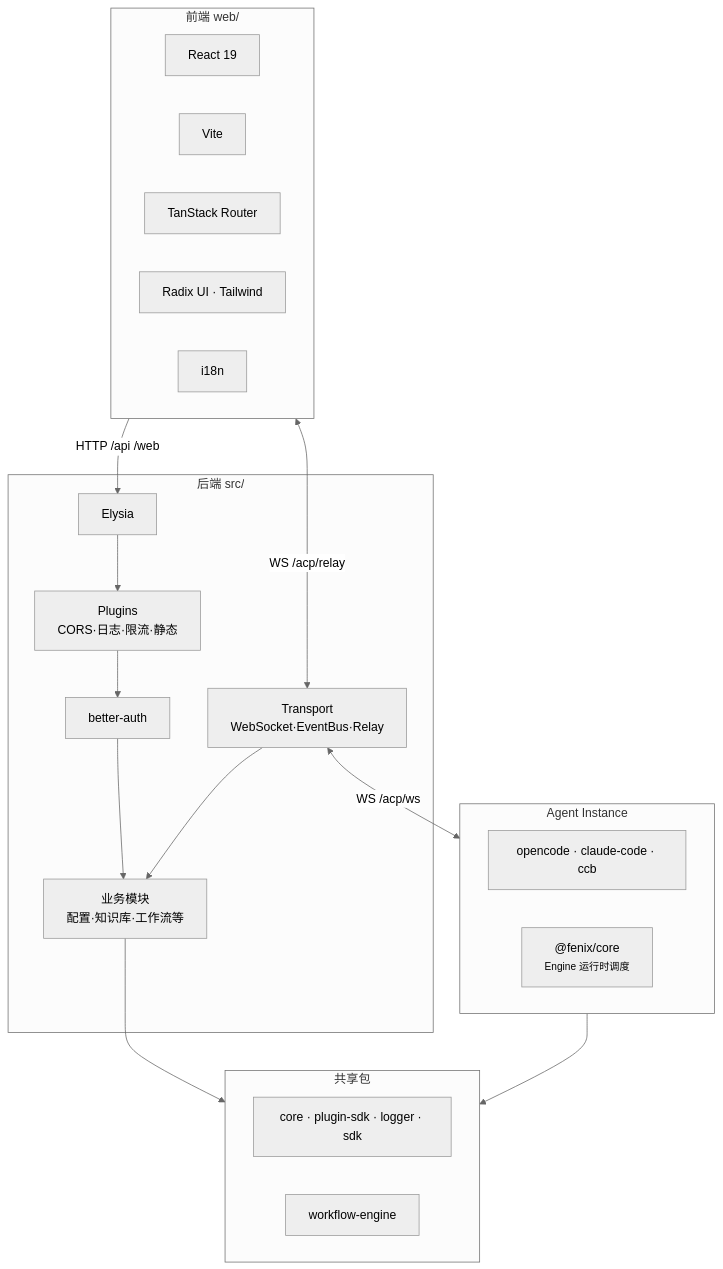
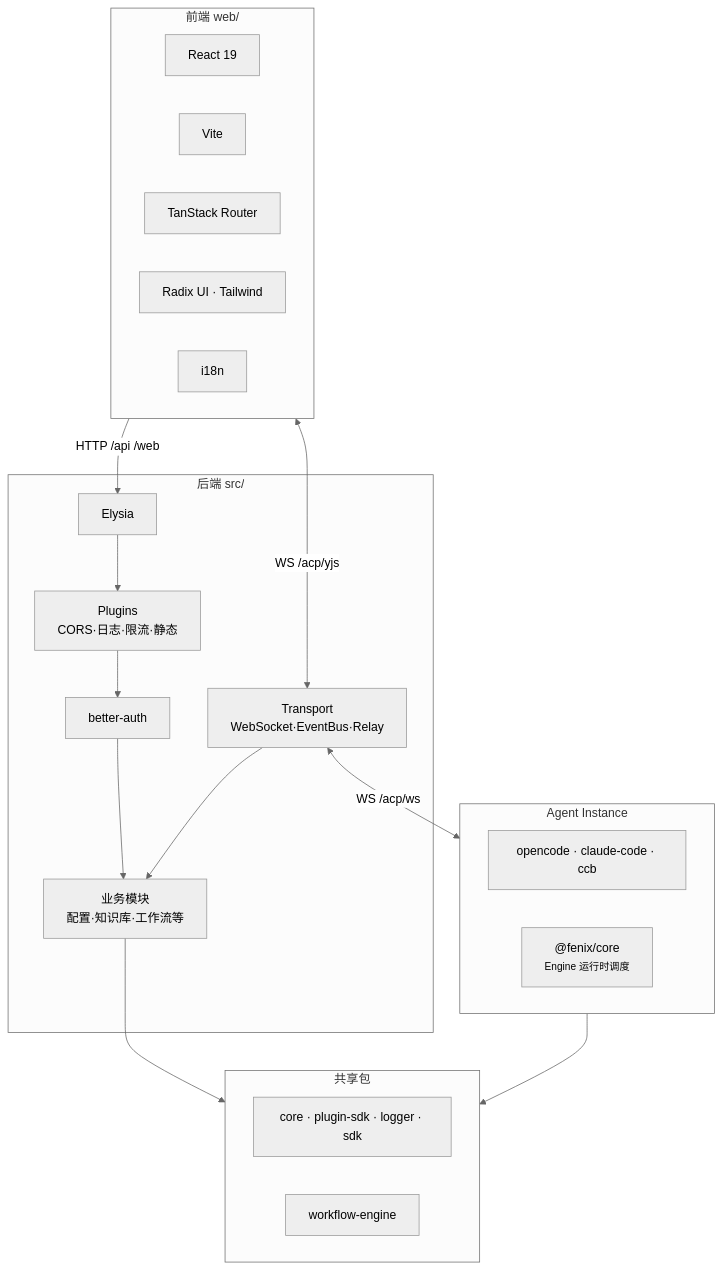
The first of 4 diagrams in docs/arch/tech-stack-overview.md (HuangPuStar/FenixAgent), drawn with Mermaid (neutral theme) before and after one commit. The commit also changed other lines of this file and 23 other files, not shown here.

First line of the commit message:
refactor: 清理 Relay+YJS 双通道收拢后的死代码，统一为 /acp/yjs 单通道

````diff
--- a/docs/arch/tech-stack-overview.md
+++ b/docs/arch/tech-stack-overview.md
@@ -22,39 +22,39 @@
 ```mermaid
 flowchart TB
     subgraph FE["前端 web/"]
         direction LR
         REACT["React 19"]
         VITE["Vite"]
         ROUTER["TanStack Router"]
         RADIX["Radix UI · Tailwind"]
         I18N["i18n"]
     end
 
     subgraph BE["后端 src/"]
         ELYSIA["Elysia"]
         AUTH["better-auth"]
         PLUGINS["Plugins<br/>CORS·日志·限流·静态"]
         SERVICES["业务模块<br/>配置·知识库·工作流等"]
         TRANSPORT["Transport<br/>WebSocket·EventBus·Relay"]
     end
 
     subgraph INSTANCE["Agent Instance"]
         RUNTIME["opencode · claude-code · ccb"]
         CORECFG["@fenix/core<br/><small>Engine 运行时调度</small>"]
     end
 
     subgraph DEPS["共享包"]
         CORE["core · plugin-sdk · logger · sdk"]
         WF["workflow-engine"]
     end
 
     FE -->|"HTTP /api /web"| ELYSIA
-    FE <-->|"WS /acp/relay"| TRANSPORT
+    FE <-->|"WS /acp/yjs"| TRANSPORT
     ELYSIA --> PLUGINS
     PLUGINS --> AUTH
     AUTH --> SERVICES
     SERVICES --> DEPS
     TRANSPORT <-->|"WS /acp/ws"| INSTANCE
     TRANSPORT --> SERVICES
     INSTANCE --> DEPS
 ```
````
